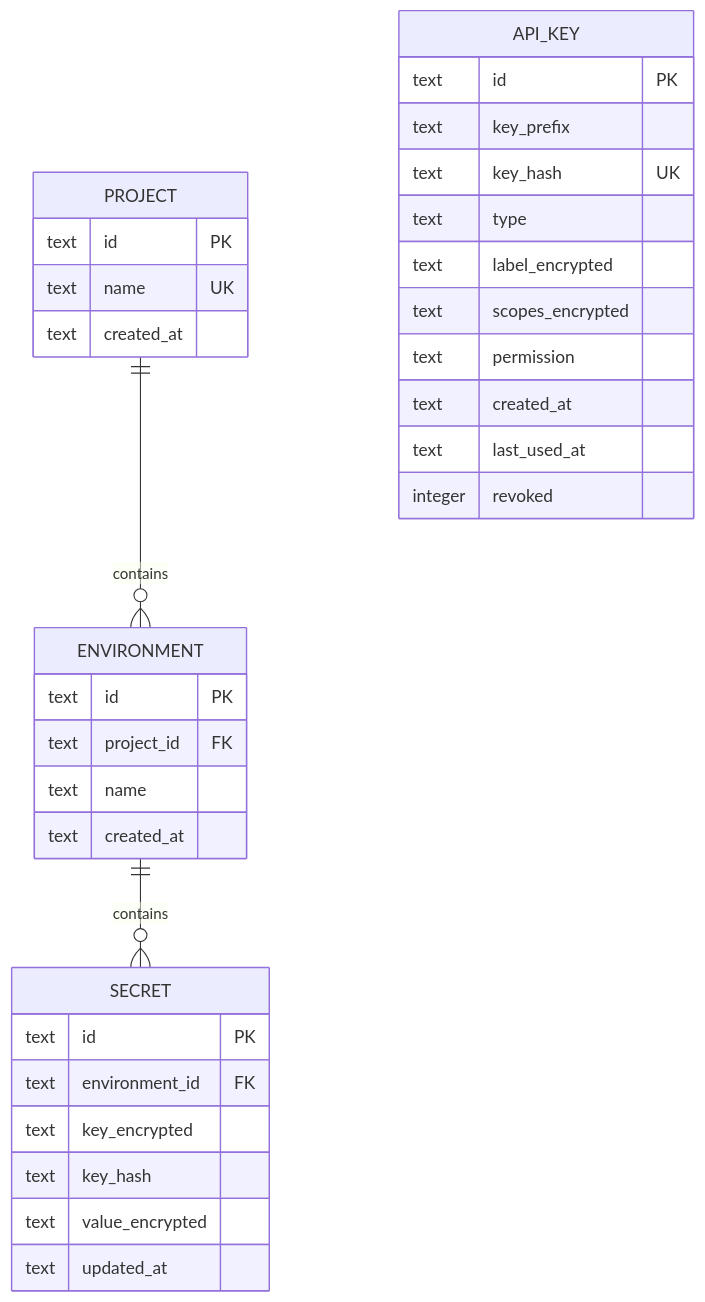
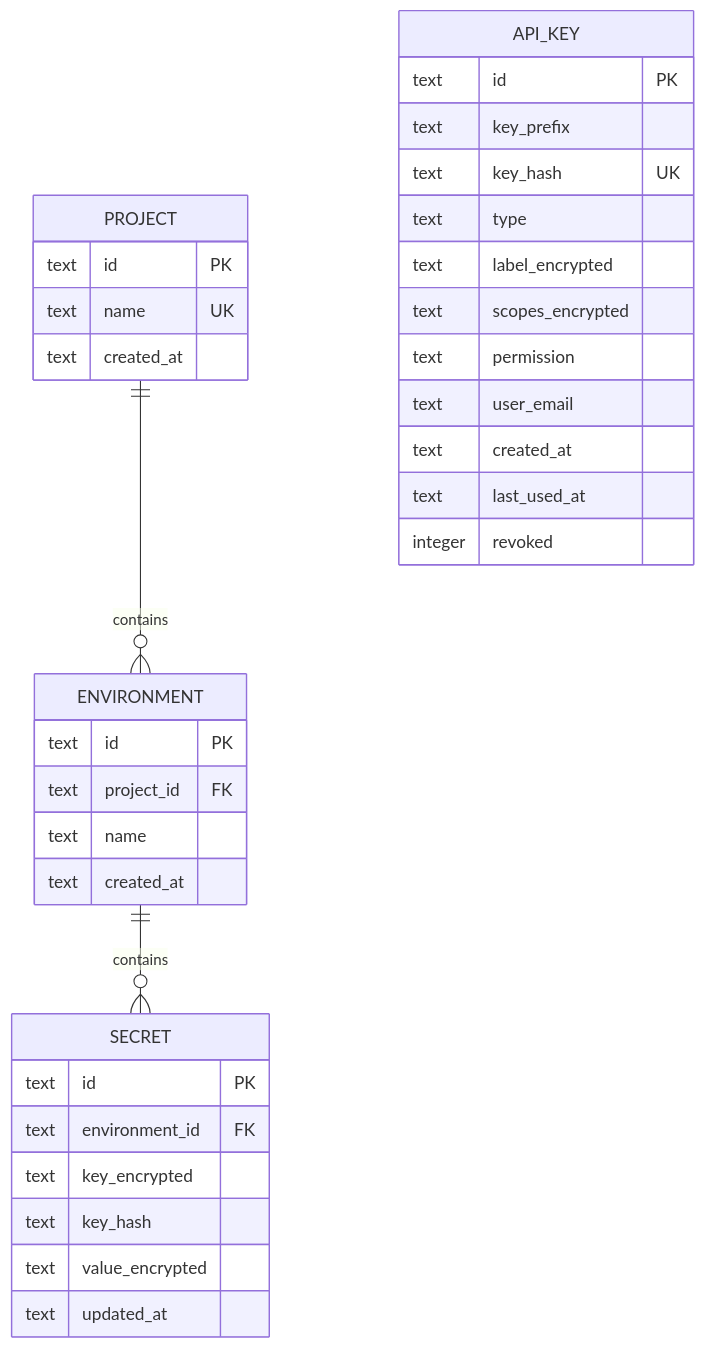
One commit to keyflare-labs/keyflare changed the second of 5 diagrams in docs/architecture/overview.mdx. Above: the diagram before and after it, drawn with Mermaid. The commit also changed 13 other files, not shown here.

First line of the commit message:
feat: track user email on API keys from wrangler whoami

````diff
--- a/docs/architecture/overview.mdx
+++ b/docs/architecture/overview.mdx
@@ -47,40 +47,41 @@
 ```mermaid
 erDiagram
     PROJECT ||--o{ ENVIRONMENT : contains
     ENVIRONMENT ||--o{ SECRET : contains
     
     PROJECT {
         text id PK
         text name UK
         text created_at
     }
     
     ENVIRONMENT {
         text id PK
         text project_id FK
         text name
         text created_at
     }
     
     SECRET {
         text id PK
         text environment_id FK
         text key_encrypted
         text key_hash
         text value_encrypted
         text updated_at
     }
     
     API_KEY {
         text id PK
         text key_prefix
         text key_hash UK
         text type
         text label_encrypted
         text scopes_encrypted
         text permission
+        text user_email
         text created_at
         text last_used_at
         integer revoked
     }
 ```
````
